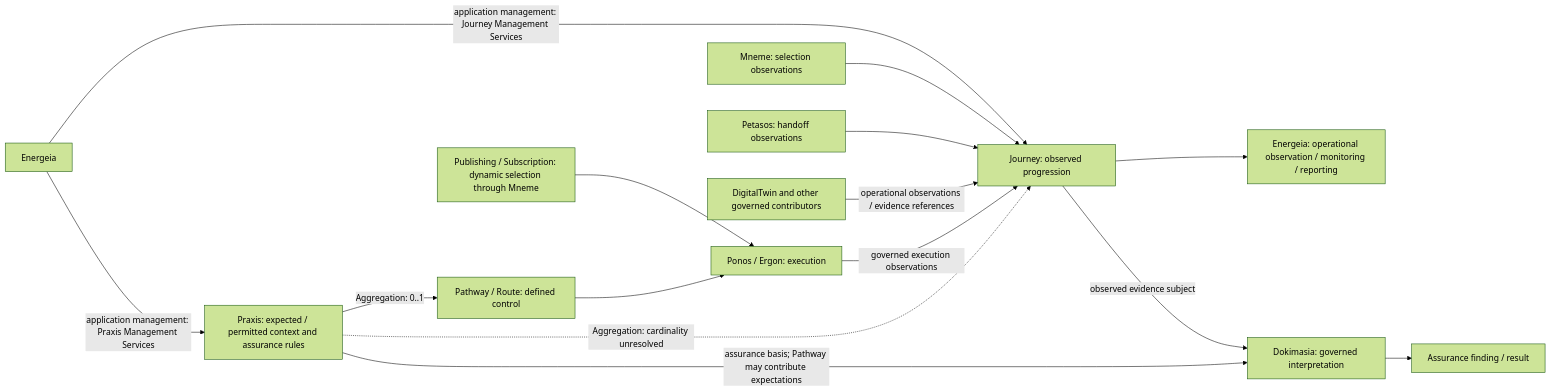
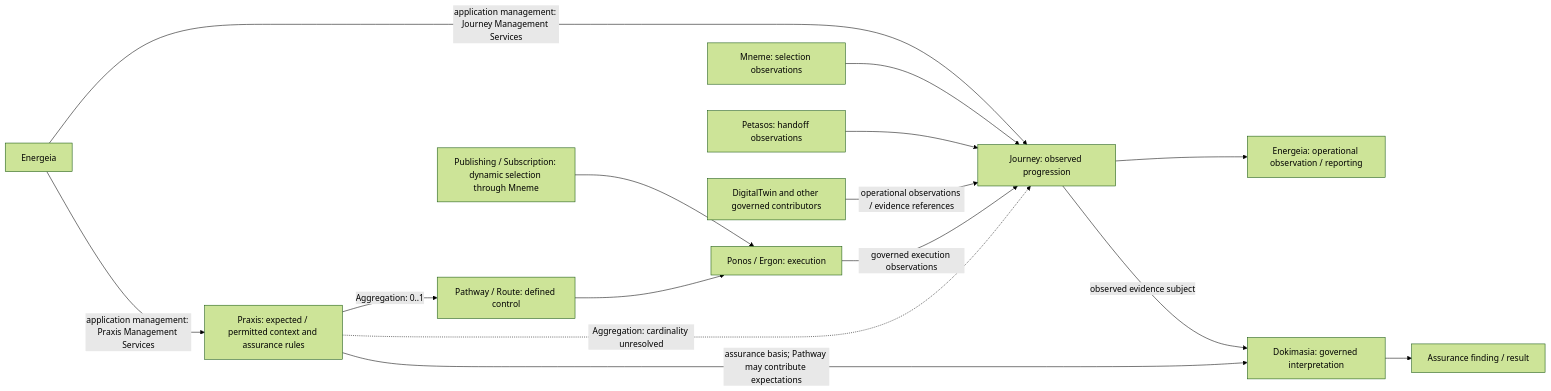
Before and after one commit to fhirfactory/harmonia: the second of 2 diagrams in docs/markdown/05-information-systems-architecture/pathways-journeys-and-handoff.md, drawn with Mermaid (forest theme). The commit also changed other lines of this file and 18 other files, not shown here.

Commit message:
Harmonia Documentation - Domain 05 - Step 1 Candidate Solution Architecture Capture (V)

````diff
--- a/docs/markdown/05-information-systems-architecture/pathways-journeys-and-handoff.md
+++ b/docs/markdown/05-information-systems-architecture/pathways-journeys-and-handoff.md
@@ -297,17 +311,17 @@
 ```mermaid
 flowchart LR
     Praxis["Praxis: expected / permitted context and assurance rules"] -->|Aggregation: 0..1| Path["Pathway / Route: defined control"]
     Path --> Exec["Ponos / Ergon: execution"]
     Pub["Publishing / Subscription: dynamic selection through Mneme"] --> Exec
     Exec -->|governed execution observations| Journey["Journey: observed progression"]
     Mneme["Mneme: selection observations"] --> Journey
     Petasos["Petasos: handoff observations"] --> Journey
     Twin["DigitalTwin and other governed contributors"] -->|operational observations / evidence references| Journey
     Energeia["Energeia"] -->|application management: Journey Management Services| Journey
     Energeia -->|application management: Praxis Management Services| Praxis
     Praxis -.->|Aggregation: cardinality unresolved| Journey
-    Journey --> Reporting["Energeia: operational observation / monitoring / reporting"]
+    Journey --> Reporting["Energeia: operational observation / reporting"]
     Journey -->|observed evidence subject| Assurance["Dokimasia: governed interpretation"]
     Praxis -->|assurance basis; Pathway may contribute expectations| Assurance
     Assurance --> Finding["Assurance finding / result"]
 ```
````
